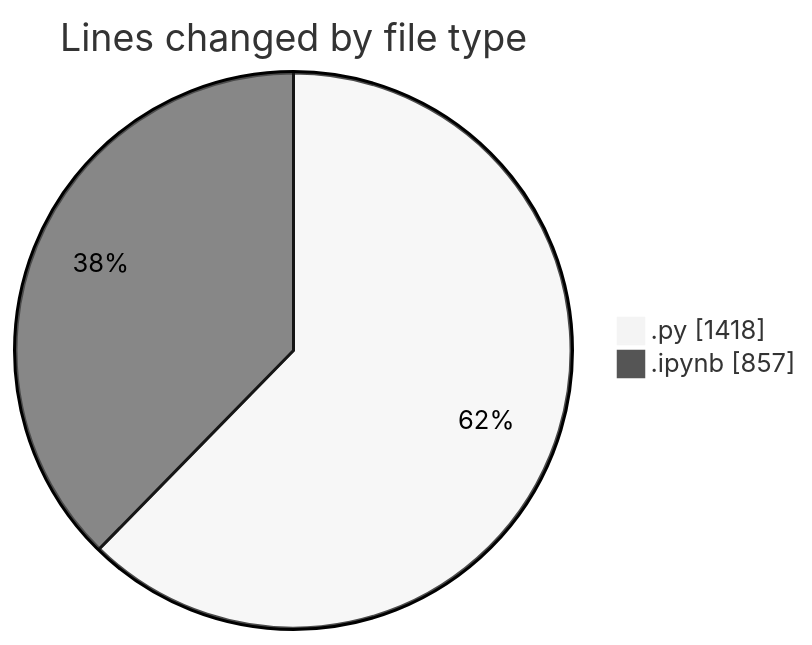
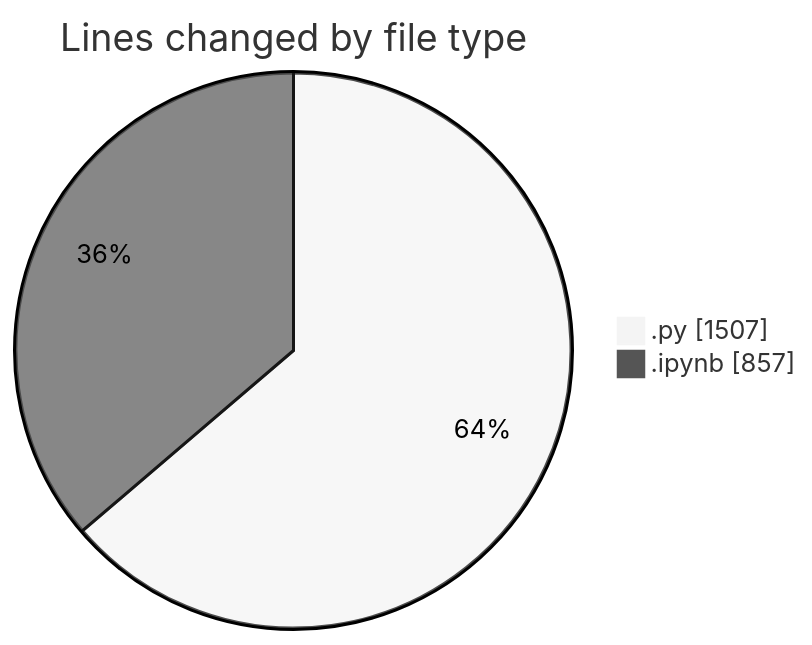
One commit to MatusMokan/code-tracking changed the first of 2 diagrams in 2025-11-15/untitled__workspace_/README.md. Above: the diagram before and after it, drawn with Mermaid (neutral theme). The commit also changed other lines of this file and 1 other file, not shown here.

````diff
--- a/2025-11-15/untitled__workspace_/README.md
+++ b/2025-11-15/untitled__workspace_/README.md
@@ -25,6 +26,6 @@
 ```mermaid
 pie showData
 title Lines changed by file type
-".py" : 1418
+".py" : 1507
 ".ipynb" : 857
 ```
````
